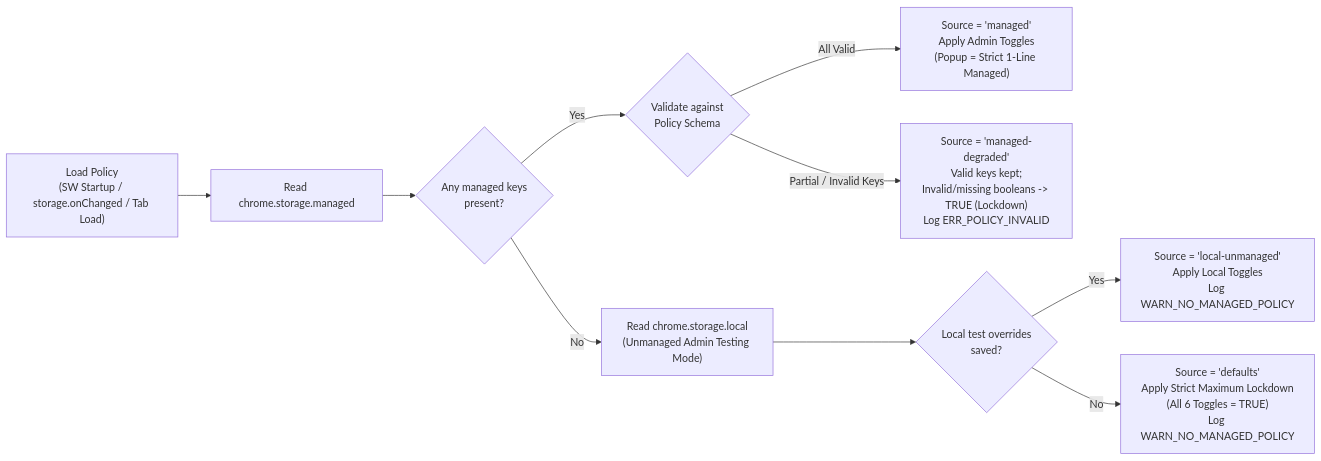
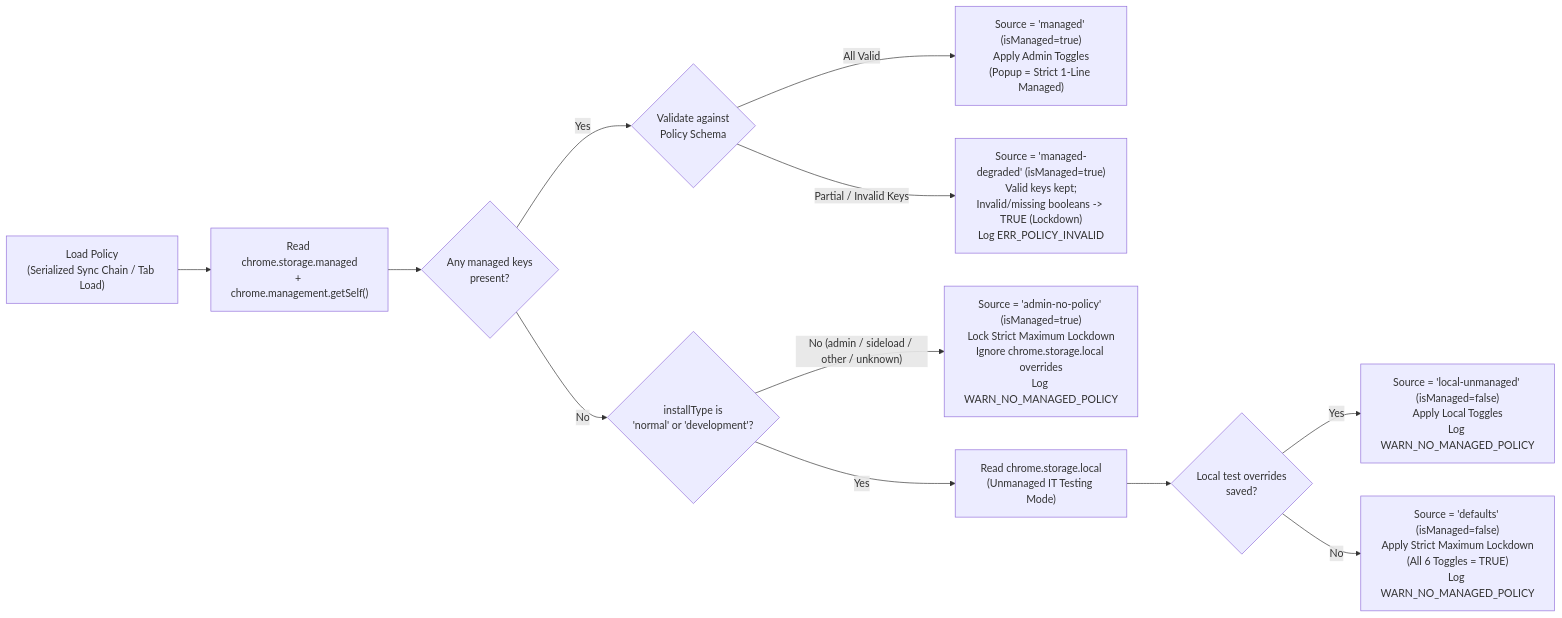
One commit to andrewgitnersolutions/RM-AI-Search-Guard changed the fourth of 4 diagrams in docs/02-ARCHITECTURE.md. Above: the diagram before and after it, drawn with Mermaid. The commit also changed other lines of this file and 35 other files, not shown here.

````diff
--- a/docs/02-ARCHITECTURE.md
+++ b/docs/02-ARCHITECTURE.md
@@ -122,12 +120,14 @@
 ```mermaid
 flowchart LR
-    START["Load Policy\n(SW Startup / storage.onChanged / Tab Load)"] --> READ_M["Read chrome.storage.managed"]
+    START["Load Policy\n(Serialized Sync Chain / Tab Load)"] --> READ_M["Read chrome.storage.managed\n+ chrome.management.getSelf()"]
     READ_M --> HAS_M{"Any managed keys\npresent?"}
     HAS_M -->|"Yes"| VALID{"Validate against\nPolicy Schema"}
-    VALID -->|"All Valid"| USE_M["Source = 'managed'\nApply Admin Toggles\n(Popup = Strict 1-Line Managed)"]
-    VALID -->|"Partial / Invalid Keys"| MERGE_SAFE["Source = 'managed-degraded'\nValid keys kept;\nInvalid/missing booleans -> TRUE (Lockdown)\nLog ERR_POLICY_INVALID"]
-    HAS_M -->|"No"| READ_L["Read chrome.storage.local\n(Unmanaged Admin Testing Mode)"]
+    VALID -->|"All Valid"| USE_M["Source = 'managed' (isManaged=true)\nApply Admin Toggles\n(Popup = Strict 1-Line Managed)"]
+    VALID -->|"Partial / Invalid Keys"| MERGE_SAFE["Source = 'managed-degraded' (isManaged=true)\nValid keys kept;\nInvalid/missing booleans -> TRUE (Lockdown)\nLog ERR_POLICY_INVALID"]
+    HAS_M -->|"No"| CHK_INST{"installType is\n'normal' or 'development'?"}
+    CHK_INST -->|"No (admin / sideload / other / unknown)"| USE_ADM_LOCK["Source = 'admin-no-policy' (isManaged=true)\nLock Strict Maximum Lockdown\nIgnore chrome.storage.local overrides\nLog WARN_NO_MANAGED_POLICY"]
+    CHK_INST -->|"Yes"| READ_L["Read chrome.storage.local\n(Unmanaged IT Testing Mode)"]
     READ_L --> HAS_L{"Local test overrides\nsaved?"}
-    HAS_L -->|"Yes"| USE_L["Source = 'local-unmanaged'\nApply Local Toggles\nLog WARN_NO_MANAGED_POLICY"]
-    HAS_L -->|"No"| USE_DEF["Source = 'defaults'\nApply Strict Maximum Lockdown\n(All 6 Toggles = TRUE)\nLog WARN_NO_MANAGED_POLICY"]
+    HAS_L -->|"Yes"| USE_L["Source = 'local-unmanaged' (isManaged=false)\nApply Local Toggles\nLog WARN_NO_MANAGED_POLICY"]
+    HAS_L -->|"No"| USE_DEF["Source = 'defaults' (isManaged=false)\nApply Strict Maximum Lockdown\n(All 6 Toggles = TRUE)\nLog WARN_NO_MANAGED_POLICY"]
 ```
````
